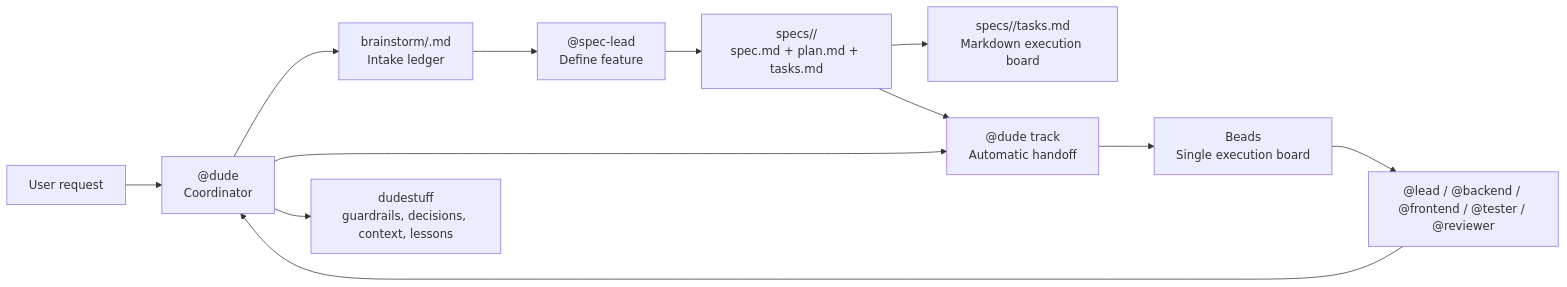
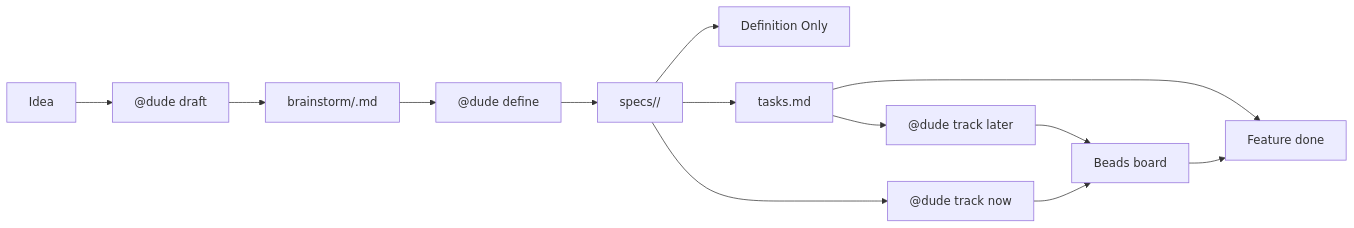
The diagram in docs/workflow.md (E-G-C/dude), drawn with Mermaid before and after one commit. The commit also changed other lines of this file and 79 other files, not shown here.

````diff
--- a/docs/workflow.md
+++ b/docs/workflow.md
@@ -17,14 +17,15 @@
 ```mermaid
 graph LR
-    USER["User request"] --> DUDE["@dude\nCoordinator"]
-    DUDE --> BRAIN["brainstorm/<slug>.md\nIntake ledger"]
-    BRAIN --> SPEC["@spec-lead\nDefine feature"]
-    SPEC --> ARTIFACTS["specs/<feature>/\nspec.md + plan.md + tasks.md"]
-  ARTIFACTS --> LIGHT["specs/<feature>/tasks.md\nMarkdown execution board"]
-    DUDE --> IMPORT["@dude track\nAutomatic handoff"]
-    ARTIFACTS --> IMPORT
-    IMPORT --> BEADS["Beads\nSingle execution board"]
-    BEADS --> TEAM["@lead / @backend / @frontend / @tester / @reviewer"]
-    TEAM --> DUDE
-    DUDE --> MEMORY["dudestuff\nguardrails, decisions, context, lessons"]
+    IDEA["Idea"] --> DRAFT["@dude draft"]
+    DRAFT --> BRAIN["brainstorm/<feature>.md"]
+    BRAIN --> DEFINE["@dude define"]
+    DEFINE --> PACKAGE["specs/<feature>/"]
+    PACKAGE --> STOP["Definition Only"]
+    PACKAGE --> TASKS["tasks.md"]
+    TASKS --> DONE["Feature done"]
+    PACKAGE --> TRACK_NOW["@dude track now"]
+    TASKS --> TRACK_LATER["@dude track later"]
+    TRACK_NOW --> BEADS["Beads board"]
+    TRACK_LATER --> BEADS
+    BEADS --> DONE
 ```
````
